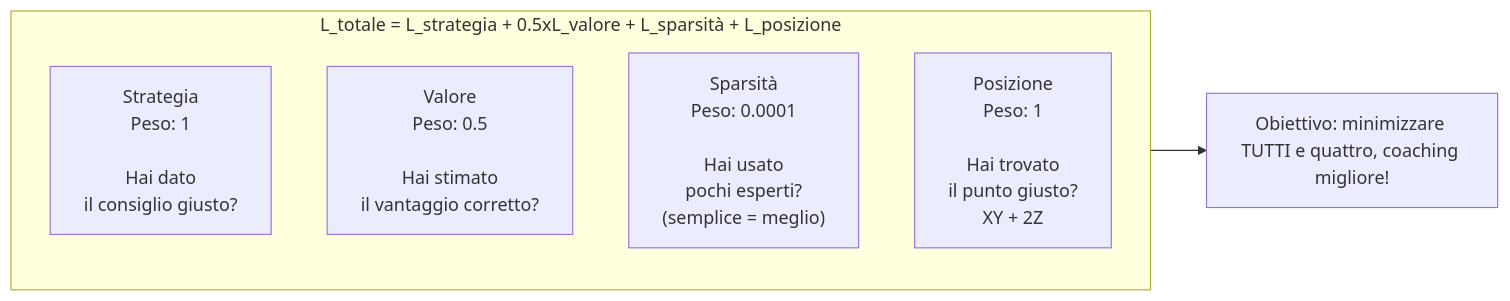
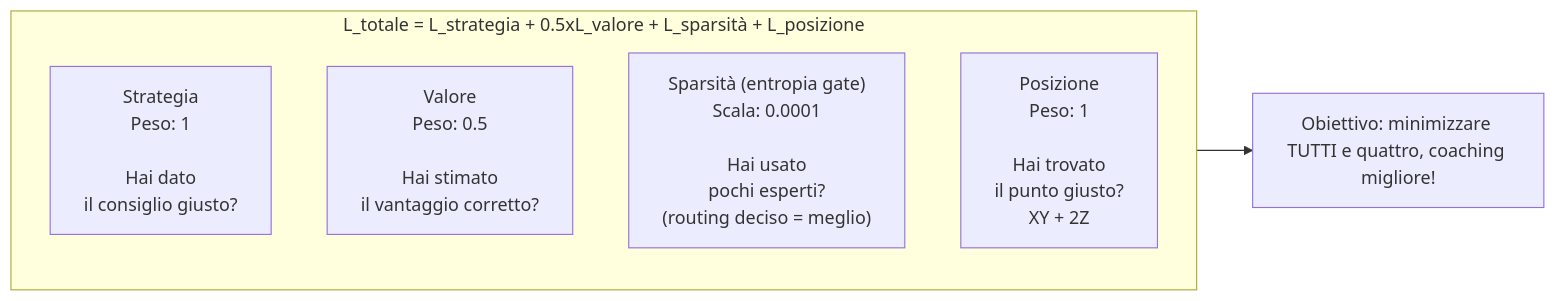
Before and after one commit to renanaugustomacena-ux/Counter-Strike-coach-AI: the eighth of 16 diagrams in docs/books/Book-Coach-1B.md, drawn with Mermaid. The commit also changed other lines of this file and 4 other files, not shown here.

````diff
--- a/docs/books/Book-Coach-1B.md
+++ b/docs/books/Book-Coach-1B.md
@@ -324,10 +323,10 @@
 ```mermaid
 flowchart LR
     subgraph LOSS["L_totale = L_strategia + 0.5xL_valore + L_sparsità + L_posizione"]
         S["Strategia<br/>Peso: 1<br/><br/>Hai dato<br/>il consiglio giusto?"]
         V["Valore<br/>Peso: 0.5<br/><br/>Hai stimato<br/>il vantaggio corretto?"]
-        SP["Sparsità<br/>Peso: 0.0001<br/><br/>Hai usato<br/>pochi esperti?<br/>(semplice = meglio)"]
+        SP["Sparsità (entropia gate)<br/>Scala: 0.0001<br/><br/>Hai usato<br/>pochi esperti?<br/>(routing deciso = meglio)"]
         P["Posizione<br/>Peso: 1<br/><br/>Hai trovato<br/>il punto giusto?<br/>XY + 2Z"]
     end
     LOSS --> GOAL["Obiettivo: minimizzare TUTTI e quattro, coaching migliore!"]
 ```
````
